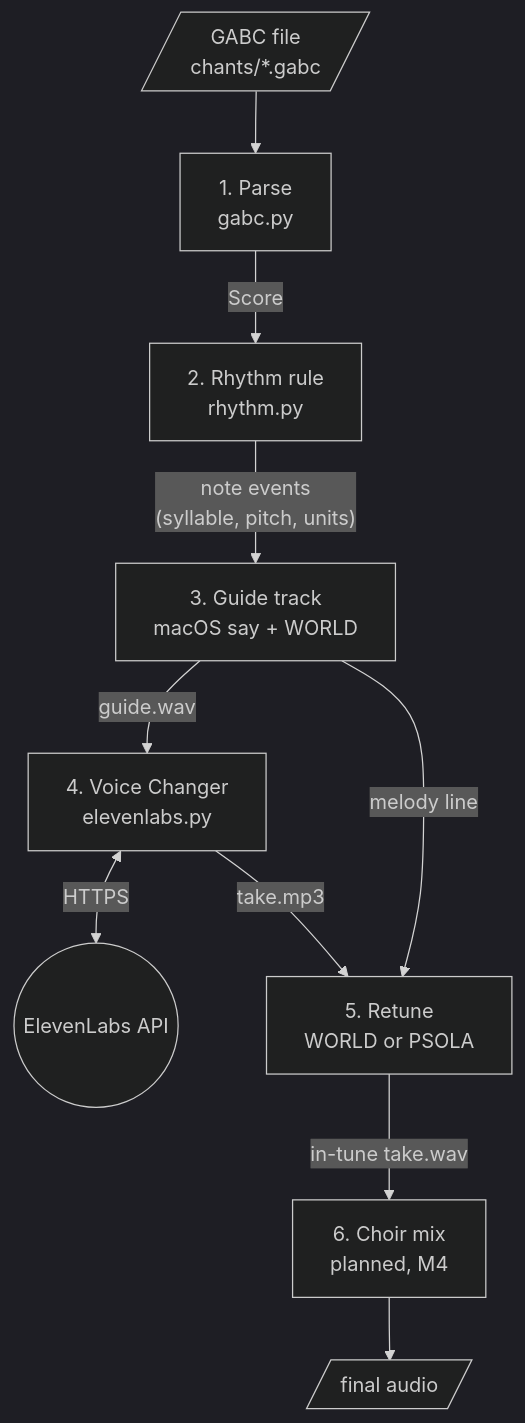
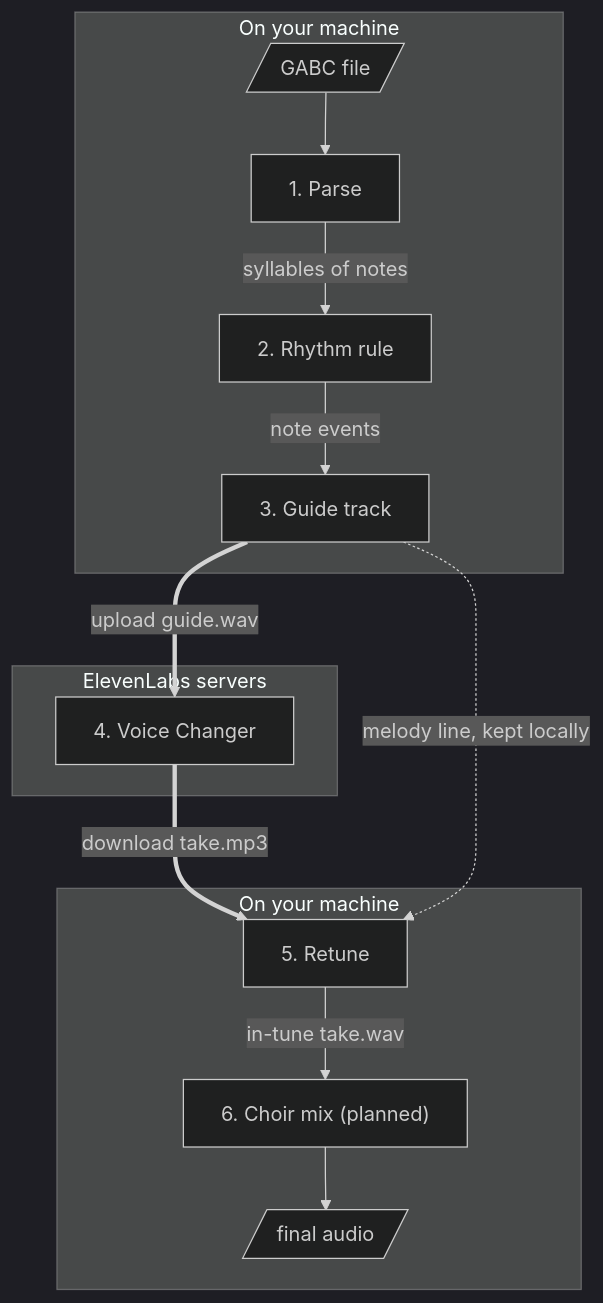
The diagram in docs/design.md (mkondratek/neuma), drawn with Mermaid (dark theme) before and after one commit. The commit also changed other lines of this file and 1 other file, not shown here.

Commit message:
Add README; redraw the design diagram as one path

````diff
--- a/docs/design.md
+++ b/docs/design.md
@@ -11,12 +11,18 @@
 ```mermaid
 flowchart TD
-    gabc[/"GABC file<br/>chants/*.gabc"/] --> parse["1. Parse<br/>gabc.py"]
-    parse -->|Score| rhythm["2. Rhythm rule<br/>rhythm.py"]
-    rhythm -->|"note events<br/>(syllable, pitch, units)"| guide["3. Guide track<br/>macOS say + WORLD"]
-    guide -->|"guide.wav"| vc["4. Voice Changer<br/>elevenlabs.py"]
-    vc <-->|"HTTPS"| api(("ElevenLabs API"))
-    vc -->|"take.mp3"| retune["5. Retune<br/>WORLD or PSOLA"]
-    guide -->|"melody line"| retune
-    retune -->|"in-tune take.wav"| mix["6. Choir mix<br/>planned, M4"]
-    mix --> out[/"final audio"/]
+    subgraph before["On your machine"]
+        gabc[/"GABC file"/] --> parse["1. Parse"]
+        parse -->|"syllables of notes"| rhythm["2. Rhythm rule"]
+        rhythm -->|"note events"| guide["3. Guide track"]
+    end
+    subgraph el["ElevenLabs servers"]
+        vc["4. Voice Changer"]
+    end
+    subgraph after["On your machine"]
+        retune["5. Retune"] -->|"in-tune take.wav"| mix["6. Choir mix (planned)"]
+        mix --> out[/"final audio"/]
+    end
+    guide ==>|"upload guide.wav"| vc
+    vc ==>|"download take.mp3"| retune
+    guide -.->|"melody line, kept locally"| retune
 ```
````
